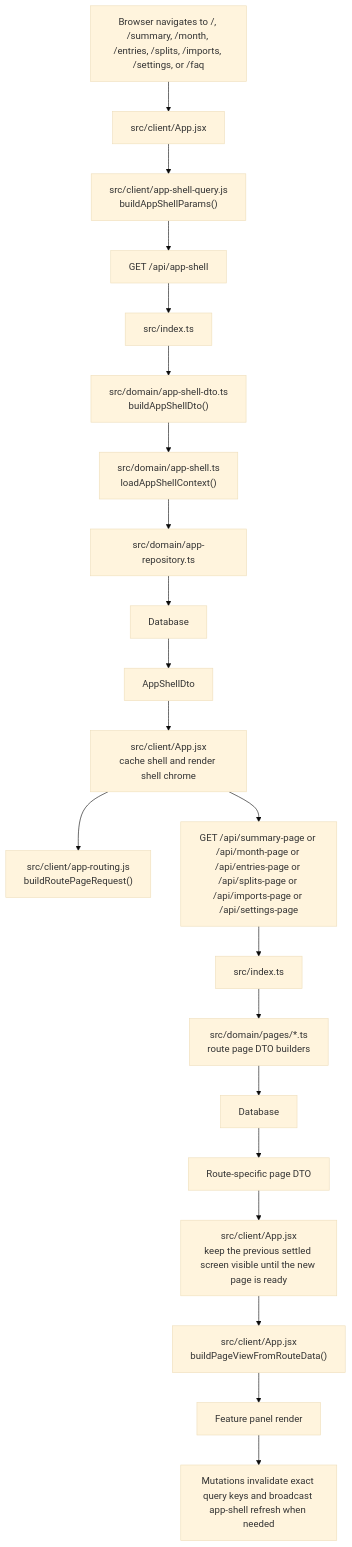
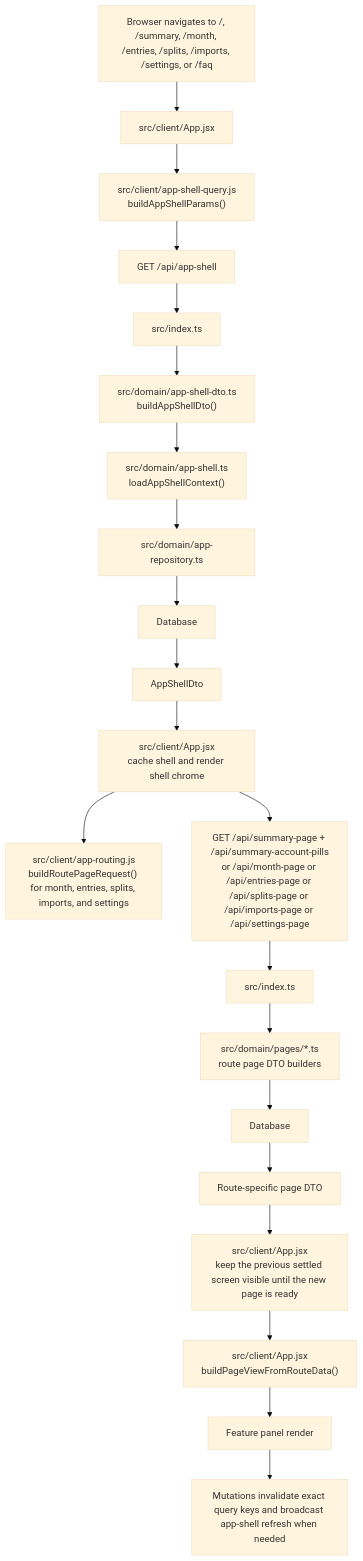
One commit to timothysantos/monies-map changed the diagram in docs/app-shell-flow.md. Above: the diagram before and after it, drawn with Mermaid (base theme). The commit also changed other lines of this file and 21 other files, not shown here.

````diff
--- a/docs/app-shell-flow.md
+++ b/docs/app-shell-flow.md
@@ -13,23 +13,23 @@
 ```mermaid
 flowchart TD
   A["Browser navigates to /, /summary, /month, /entries, /splits, /imports, /settings, or /faq"] --> B["src/client/App.jsx"]
   B --> C["src/client/app-shell-query.js<br/>buildAppShellParams()"]
   C --> D["GET /api/app-shell"]
   D --> E["src/index.ts"]
   E --> F["src/domain/app-shell-dto.ts<br/>buildAppShellDto()"]
   F --> G["src/domain/app-shell.ts<br/>loadAppShellContext()"]
   G --> H["src/domain/app-repository.ts"]
   H --> I["Database"]
   I --> J["AppShellDto"]
   J --> K["src/client/App.jsx<br/>cache shell and render shell chrome"]
-  K --> L["src/client/app-routing.js<br/>buildRoutePageRequest()"]
-  K --> M["GET /api/summary-page or /api/month-page or /api/entries-page or /api/splits-page or /api/imports-page or /api/settings-page"]
+  K --> L["src/client/app-routing.js<br/>buildRoutePageRequest() for month, entries, splits, imports, and settings"]
+  K --> M["GET /api/summary-page + /api/summary-account-pills<br/>or /api/month-page or /api/entries-page or /api/splits-page or /api/imports-page or /api/settings-page"]
   M --> N["src/index.ts"]
   N --> O["src/domain/pages/*.ts<br/>route page DTO builders"]
   O --> P["Database"]
   P --> Q["Route-specific page DTO"]
   Q --> R["src/client/App.jsx<br/>keep the previous settled screen visible until the new page is ready"]
   R --> S["src/client/App.jsx<br/>buildPageViewFromRouteData()"]
   S --> T["Feature panel render"]
   T --> U["Mutations invalidate exact query keys and broadcast app-shell refresh when needed"]
 ```
````
